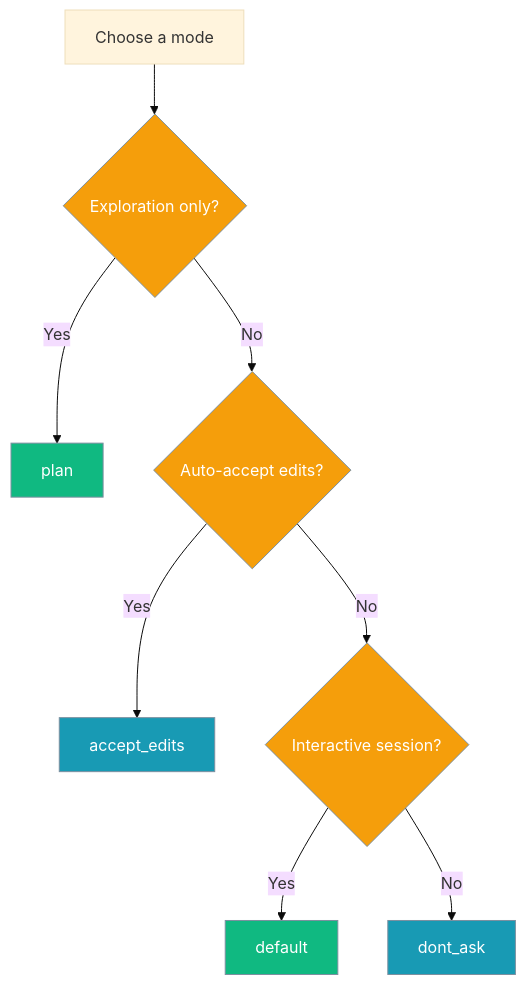
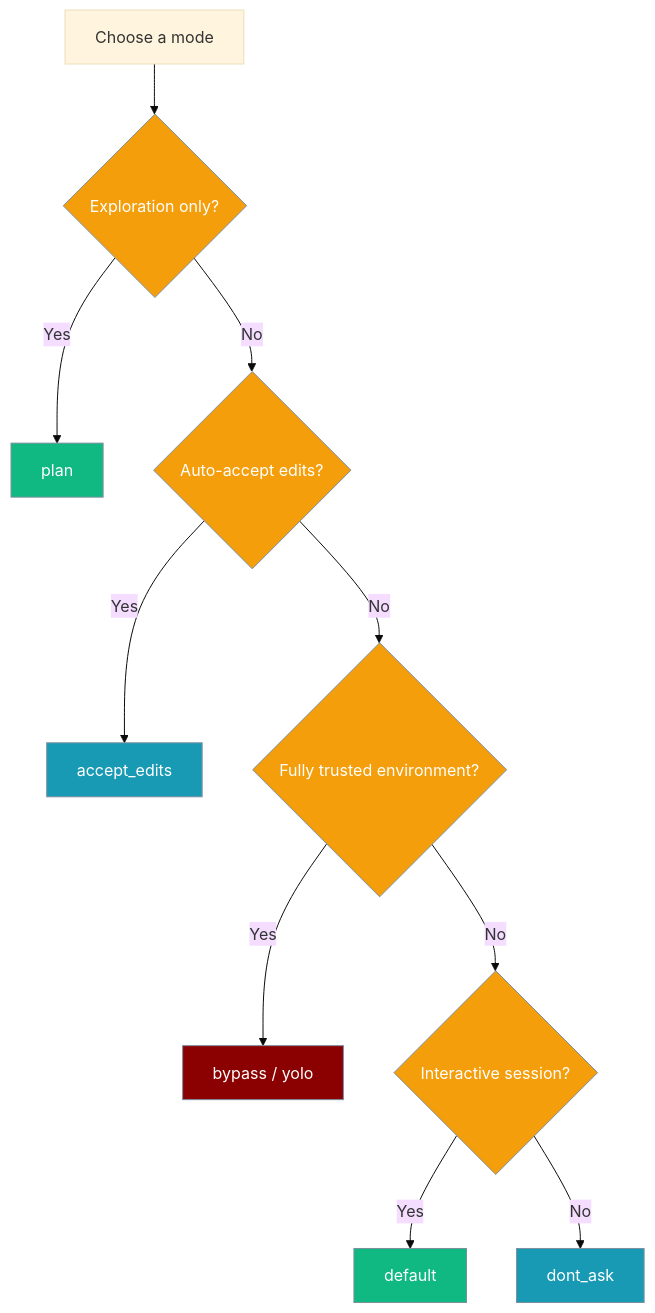
Before and after one commit to MervinPraison/PraisonAIDocs: the third of 3 diagrams in docs/features/permission-modes.mdx, drawn with Mermaid (base theme). The commit also changed other lines of this file and 1 other file, not shown here.

````diff
--- a/docs/features/permission-modes.mdx
+++ b/docs/features/permission-modes.mdx
@@ -118,18 +204,22 @@
 ```mermaid
 graph TB
     Start[Choose a mode] --> Explore{Exploration only?}
     Explore -->|Yes| Plan[plan]
     Explore -->|No| Refactor{Auto-accept edits?}
     Refactor -->|Yes| Accept[accept_edits]
-    Refactor -->|No| Interactive{Interactive session?}
+    Refactor -->|No| Trust{Fully trusted environment?}
+    Trust -->|Yes| Bypass[bypass / yolo]
+    Trust -->|No| Interactive{Interactive session?}
     Interactive -->|Yes| Default[default]
     Interactive -->|No| Dont[dont_ask]
 
     classDef decision fill:#F59E0B,stroke:#7C90A0,color:#fff
     classDef safe fill:#10B981,stroke:#7C90A0,color:#fff
     classDef moderate fill:#189AB4,stroke:#7C90A0,color:#fff
+    classDef danger fill:#8B0000,stroke:#7C90A0,color:#fff
 
-    class Explore,Refactor,Interactive decision
+    class Explore,Refactor,Interactive,Trust decision
     class Plan,Default safe
     class Accept,Dont moderate
+    class Bypass danger
 ```
````
